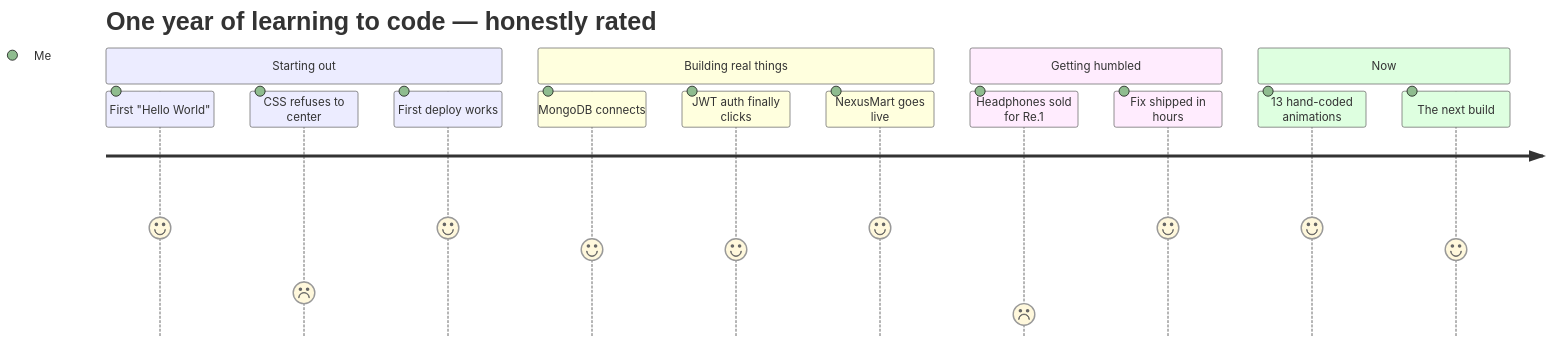
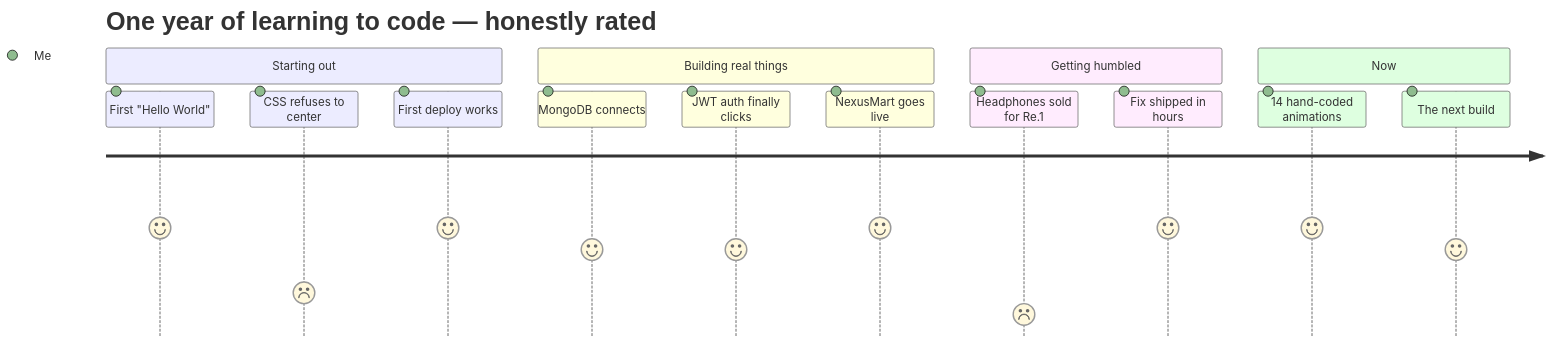
The sixth of 6 diagrams in README.md (Manashjyoti-Bora/Manashjyoti-Bora), drawn with Mermaid before and after one commit. The commit also changed other lines of this file and 13 other files, not shown here.

````diff
--- a/README.md
+++ b/README.md
@@ -333,18 +523,18 @@
 ```mermaid
 journey
     title One year of learning to code — honestly rated
     section Starting out
       First "Hello World": 5: Me
       CSS refuses to center: 2: Me
       First deploy works: 5: Me
     section Building real things
       MongoDB connects: 4: Me
       JWT auth finally clicks: 4: Me
       NexusMart goes live: 5: Me
     section Getting humbled
       Headphones sold for Re.1: 1: Me
       Fix shipped in hours: 5: Me
     section Now
-      13 hand-coded animations: 5: Me
+      14 hand-coded animations: 5: Me
       The next build: 4: Me
 ```
````
